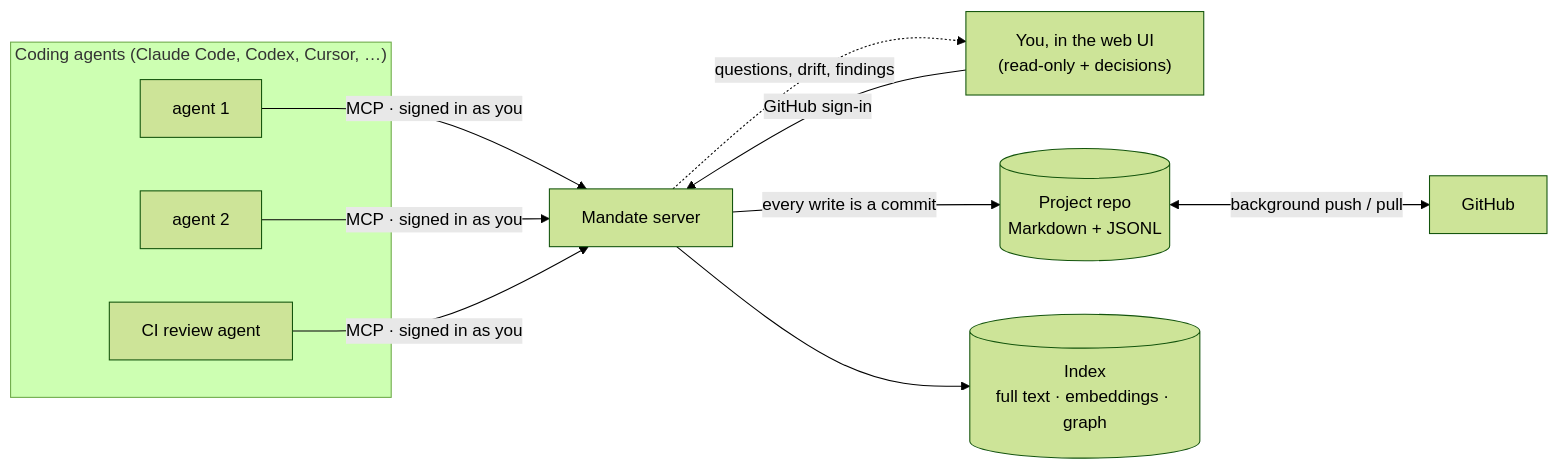
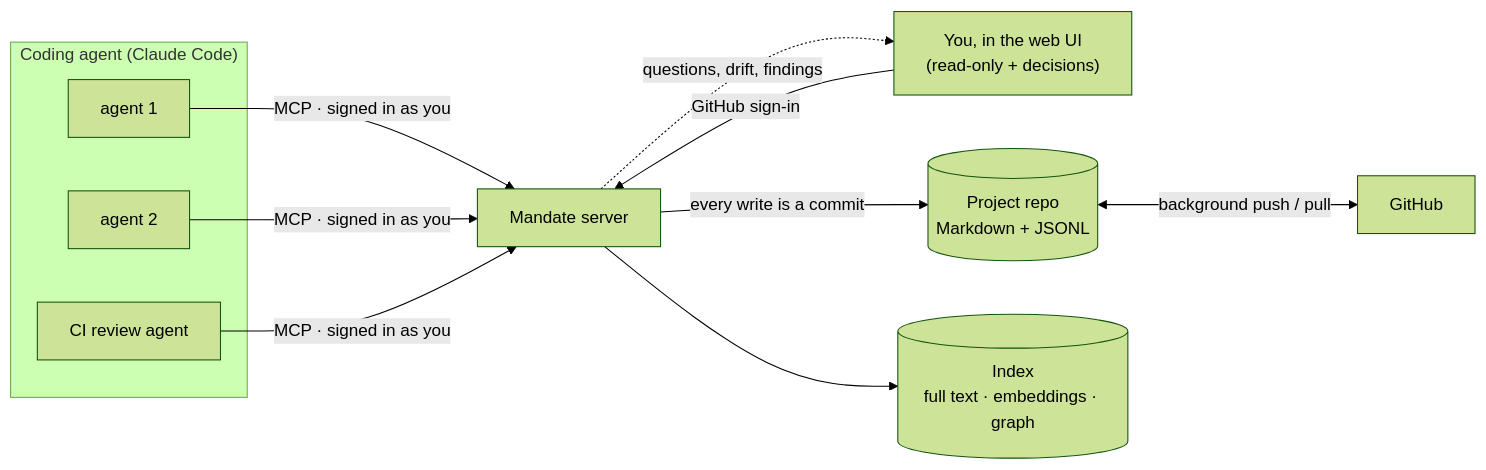
One commit to snork-alt/mandate changed the diagram in README.md. Above: the diagram before and after it, drawn with Mermaid (forest theme). The commit also changed other lines of this file and 17 other files, not shown here.

First line of the commit message:
Mandate supports only Claude Code for now: one SUPPORTED_AGENTS switch (shared) hides the other agents in the Connect dialog, installer and CLI (--agents <other> refused with a message), uninstall still cleans up all; README, tests

````diff
--- a/README.md
+++ b/README.md
@@ -51,14 +51,14 @@
 ```mermaid
 flowchart LR
-  subgraph Agents["Coding agents (Claude Code, Codex, Cursor, …)"]
+  subgraph Agents["Coding agent (Claude Code)"]
     A1["agent 1"]
     A2["agent 2"]
     A3["CI review agent"]
   end
   A1 & A2 & A3 -->|"MCP · signed in as you"| S["Mandate server"]
   H["You, in the web UI<br/>(read-only + decisions)"] -->|"GitHub sign-in"| S
   S -->|"every write is a commit"| G[("Project repo<br/>Markdown + JSONL")]
   S --> I[("Index<br/>full text · embeddings · graph")]
   G <-->|"background push / pull"| GH["GitHub"]
   S -.->|"questions, drift, findings"| H
 ```
````
